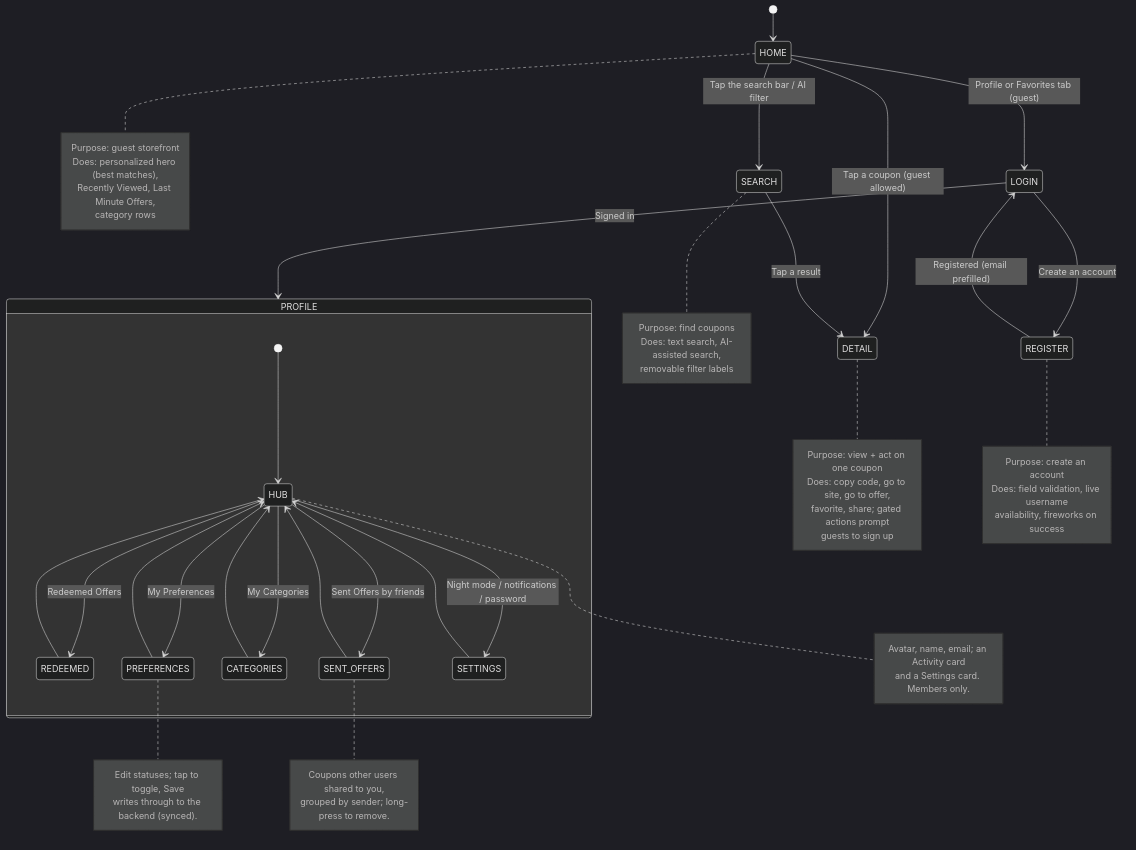
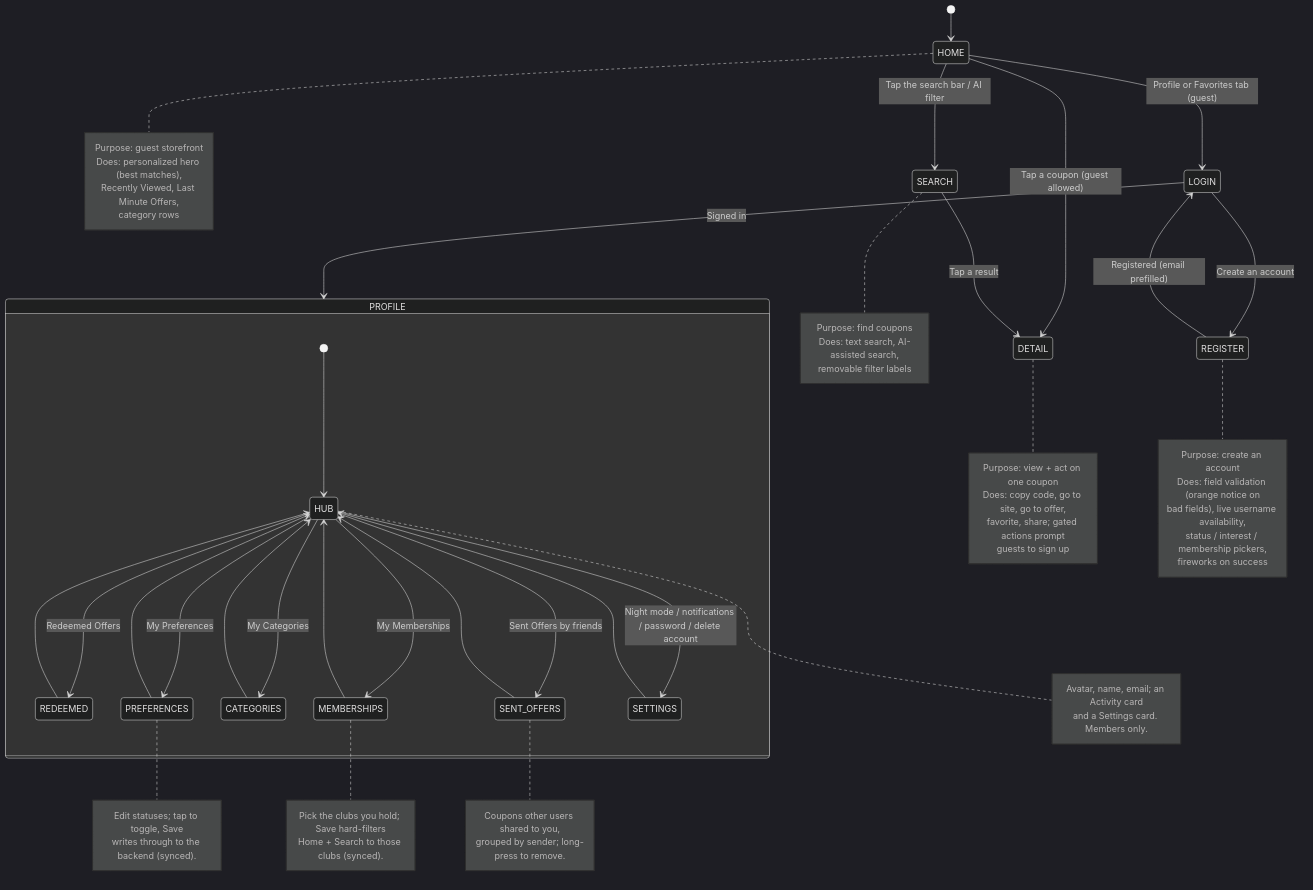
Before and after one commit to GiladShekalim/Intelli_Shop_App: the diagram in README.md, drawn with Mermaid (dark theme). The commit also changed other lines of this file, not shown here.

Commit message:
Update- README documents My Memberships, its discovery filter, and shekel pricing

````diff
--- a/README.md
+++ b/README.md
@@ -70,62 +71,70 @@
 ```mermaid
 stateDiagram-v2
     [*] --> HOME
 
     HOME --> DETAIL: Tap a coupon (guest allowed)
     HOME --> SEARCH: Tap the search bar / AI filter
     HOME --> LOGIN: Profile or Favorites tab (guest)
     SEARCH --> DETAIL: Tap a result
     LOGIN --> REGISTER: Create an account
     REGISTER --> LOGIN: Registered (email prefilled)
     LOGIN --> PROFILE: Signed in
 
     note right of HOME
         Purpose: guest storefront
         Does: personalized hero (best matches),
         Recently Viewed, Last Minute Offers,
         category rows
     end note
     note right of SEARCH
         Purpose: find coupons
         Does: text search, AI-assisted search,
         removable filter labels
     end note
     note right of DETAIL
         Purpose: view + act on one coupon
         Does: copy code, go to site, go to offer,
         favorite, share; gated actions prompt
         guests to sign up
     end note
     note right of REGISTER
         Purpose: create an account
-        Does: field validation, live username
-        availability, fireworks on success
+        Does: field validation (orange notice on
+        bad fields), live username availability,
+        status / interest / membership pickers,
+        fireworks on success
     end note
 
     state PROFILE {
         [*] --> HUB
         HUB --> REDEEMED: Redeemed Offers
         HUB --> PREFERENCES: My Preferences
         HUB --> CATEGORIES: My Categories
+        HUB --> MEMBERSHIPS: My Memberships
         HUB --> SENT_OFFERS: Sent Offers by friends
-        HUB --> SETTINGS: Night mode / notifications / password
+        HUB --> SETTINGS: Night mode / notifications / password / delete account
         REDEEMED --> HUB
         PREFERENCES --> HUB
         CATEGORIES --> HUB
+        MEMBERSHIPS --> HUB
         SENT_OFFERS --> HUB
         SETTINGS --> HUB
 
         note right of HUB
             Avatar, name, email; an Activity card
             and a Settings card. Members only.
         end note
         note right of PREFERENCES
             Edit statuses; tap to toggle, Save
             writes through to the backend (synced).
         end note
+        note right of MEMBERSHIPS
+            Pick the clubs you hold; Save hard-filters
+            Home + Search to those clubs (synced).
+        end note
         note right of SENT_OFFERS
             Coupons other users shared to you,
             grouped by sender; long-press to remove.
         end note
     }
 ```
````
